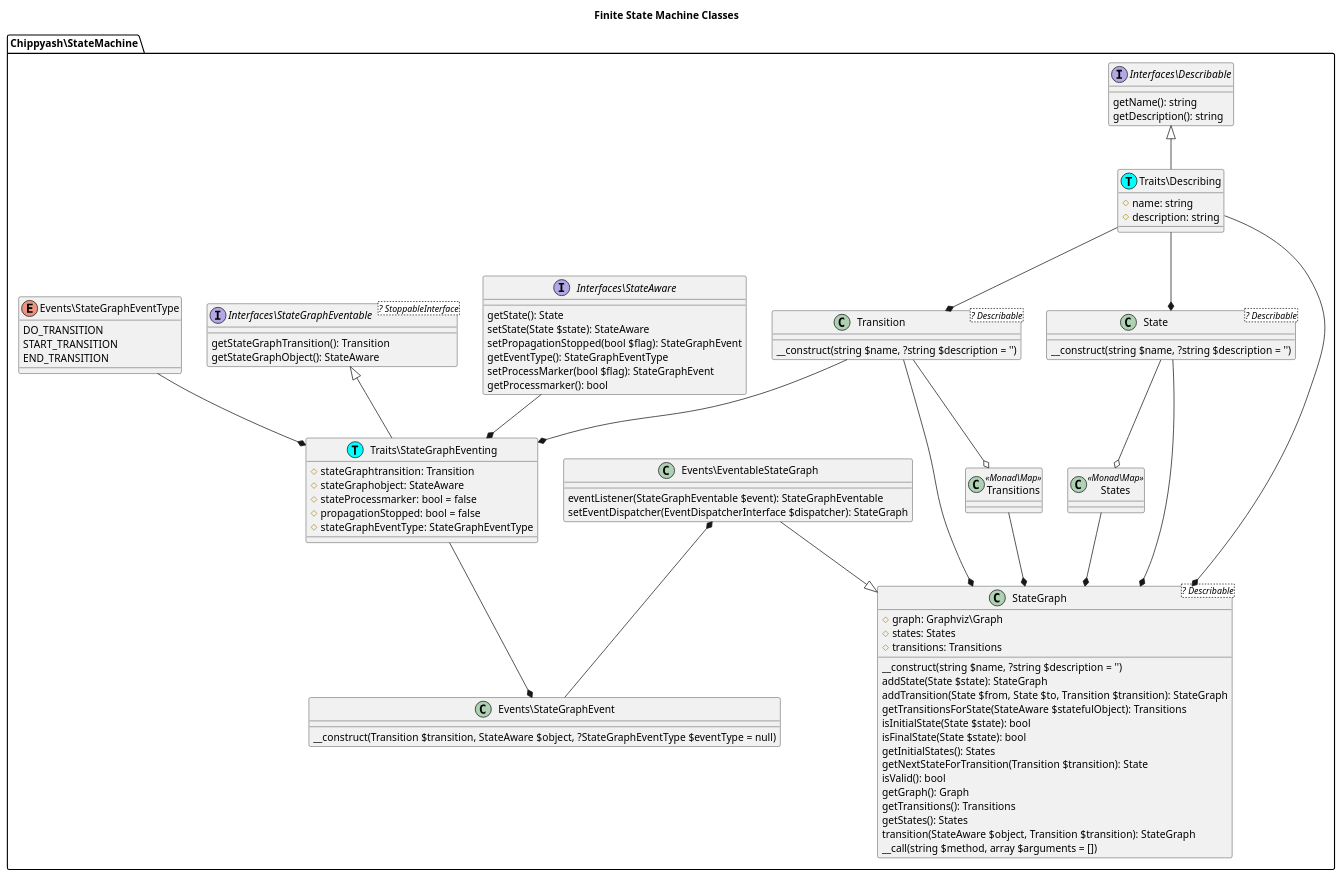
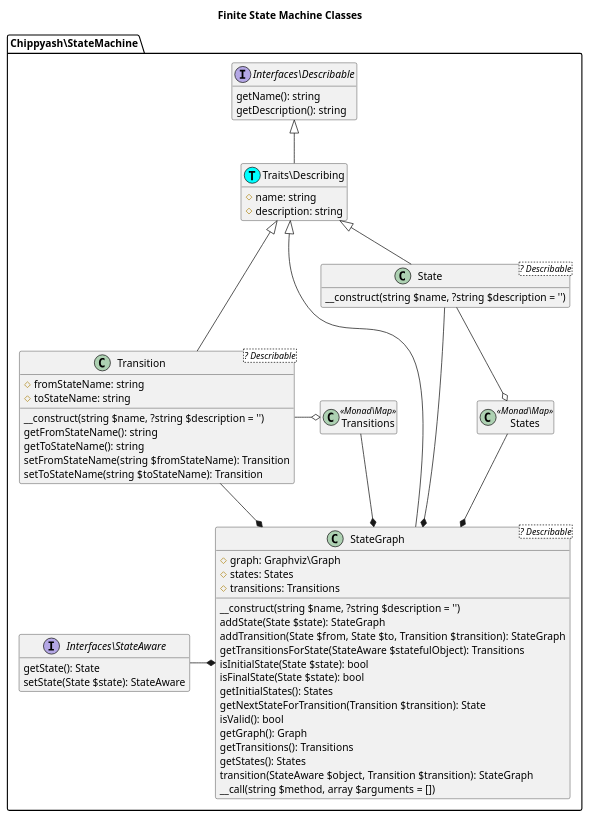
One commit to the-matrix/finite-state-machine changed the diagram in docs/state-machine-classes.puml. Above: the diagram before and after it, drawn with PlantUML. The commit also changed 10 other files, not shown here.

Commit message:
add xml state graph builder

```diff
--- a/docs/state-machine-classes.puml
+++ b/docs/state-machine-classes.puml
@@ -1,106 +1,76 @@
 @startuml
+hide empty members
 title Finite State Machine Classes
 namespace Chippyash\StateMachine {
     interface "Interfaces\Describable" as Describable {
         getName(): string
         getDescription(): string
     }
 
     interface "Interfaces\StateAware" as StateAware {
         getState(): State
         setState(State $state): StateAware
-        setPropagationStopped(bool $flag): StateGraphEvent
-        getEventType(): StateGraphEventType
-        setProcessMarker(bool $flag): StateGraphEvent
-        getProcessmarker(): bool
-    }
-
-    interface "Interfaces\StateGraphEventable" as StateGraphEventable <? StoppableInterface>{
-        getStateGraphTransition(): Transition
-        getStateGraphObject(): StateAware
     }
 
     class "Traits\Describing" as Describing << (T, cyan)>>  {
         #name: string
         #description: string
     }
     Describable <|-- Describing
 
-    class "Traits\StateGraphEventing" as StateGraphEventing << (T, cyan) >> {
-        #stateGraphtransition: Transition
-        #stateGraphobject: StateAware
-        #stateProcessmarker: bool = false
-        #propagationStopped: bool = false
-        #stateGraphEventType: StateGraphEventType
-    }
-    StateGraphEventable <|-- StateGraphEventing
     class State <? Describable>{
         __construct(string $name, ?string $description = '')
     }
 
     class StateGraph <? Describable>{
         #graph: Graphviz\Graph
         #states: States
         #transitions: Transitions
         __construct(string $name, ?string $description = '')
         addState(State $state): StateGraph
         addTransition(State $from, State $to, Transition $transition): StateGraph
         getTransitionsForState(StateAware $statefulObject): Transitions
         isInitialState(State $state): bool
         isFinalState(State $state): bool
         getInitialStates(): States
         getNextStateForTransition(Transition $transition): State
         isValid(): bool
         getGraph(): Graph
         getTransitions(): Transitions
         getStates(): States
         transition(StateAware $object, Transition $transition): StateGraph
         __call(string $method, array $arguments = [])
     }
 
-    class "Events\EventableStateGraph" as EventableStateGraph {
-        eventListener(StateGraphEventable $event): StateGraphEventable
-        setEventDispatcher(EventDispatcherInterface $dispatcher): StateGraph
-
-    }
-    EventableStateGraph --|> StateGraph
-    EventableStateGraph *- StateGraphEvent
     class States <<Monad\Map>> {
 
     }
     State --o States
 
     class Transition <? Describable>{
+    	#fromStateName: string
+    	#toStateName: string
         __construct(string $name, ?string $description = '')
+        getFromStateName(): string
+        getToStateName(): string
+        setFromStateName(string $fromStateName): Transition
+        setToStateName(string $toStateName): Transition
     }
     Transition -o Transitions
 
-    Describing --* State
-    Describing --* Transition
-    Describing --* StateGraph
-
+    Describing <|-- State
+    Describing <|-- Transition
+    Describing <|-- StateGraph
 
     class Transitions <<Monad\Map>> {
 
     }
 
-    class "Events\StateGraphEvent" as StateGraphEvent {
-        __construct(Transition $transition, StateAware $object, ?StateGraphEventType $eventType = null)
-    }
-    StateGraphEventing --* StateGraphEvent
-
-    enum "Events\StateGraphEventType" as StateGraphEventType {
-        DO_TRANSITION
-        START_TRANSITION
-        END_TRANSITION
-    }
-    StateGraphEventType --* StateGraphEventing
-    Transition --* StateGraphEventing
-    StateAware --* StateGraphEventing
+	StateAware -* StateGraph
     Transition --* StateGraph
     Transitions --* StateGraph
     State --* StateGraph
     States --* StateGraph
 
 }
 @enduml
```
